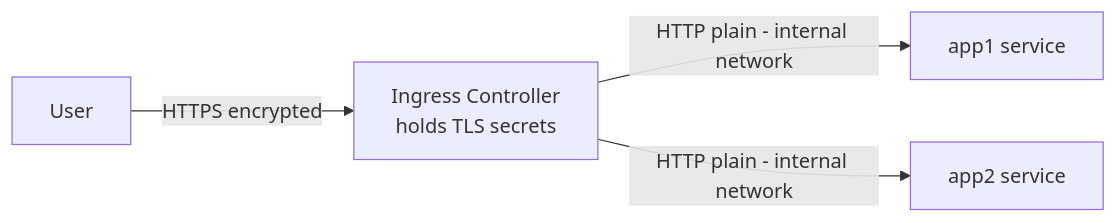
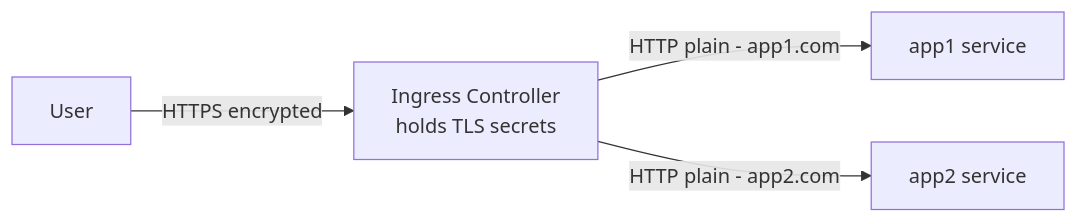
Before and after one commit to ShantayyaSwami/shantayyaswami-blog: the fourth of 5 diagrams in src/content/blog/tls-mastery-part-7-kubernetes-ingress-tls.md, drawn with Mermaid.

Commit message:
Fix TLS Part 7 flowchart: add routing labels to IC→service arrows
Without host labels the diagram implied the controller broadcasts to
both services simultaneously; now shows per-host routing alongside
TLS termination.

````diff
--- a/src/content/blog/tls-mastery-part-7-kubernetes-ingress-tls.md
+++ b/src/content/blog/tls-mastery-part-7-kubernetes-ingress-tls.md
@@ -71,6 +71,6 @@
 ```mermaid
 flowchart LR
     U[User] -->|HTTPS encrypted| IC[Ingress Controller<br/>holds TLS secrets]
-    IC -->|HTTP plain - internal network| S1[app1 service]
-    IC -->|HTTP plain - internal network| S2[app2 service]
+    IC -->|HTTP plain - app1.com| S1[app1 service]
+    IC -->|HTTP plain - app2.com| S2[app2 service]
 ```
````
